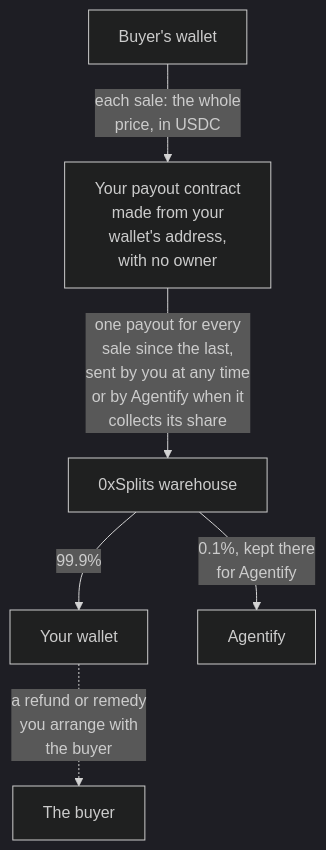
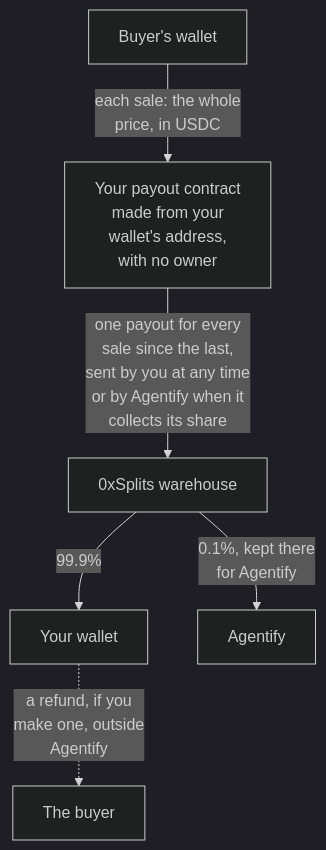
One commit to nuanu-ai/agentify changed the diagram in apps/docs/money.md. Above: the diagram before and after it, drawn with Mermaid (dark theme). The commit also changed other lines of this file and 2 other files, not shown here.

First line of the commit message:
docs(money): tell the owner what happens when goods or a payment answer go missing

````diff
--- a/apps/docs/money.md
+++ b/apps/docs/money.md
@@ -10,10 +10,10 @@
 ```mermaid
 flowchart TB
     accTitle: Where a buyer's payment goes
-    accDescr: Each sale pays the whole price in USDC into your payout contract, which is made from your wallet's address and has no owner. One payout transaction, sent by you at any time or by Agentify when it collects its own share, pays out every sale since the last payout through the shared 0xSplits warehouse: 99.9 percent to your wallet, and 0.1 percent kept in the warehouse for Agentify. Any refund or another remedy is arranged by the merchant with the buyer, outside Agentify. Merchant closure records only the end of future Agentify fulfillment.
+    accDescr: Each sale pays the whole price in USDC into your payout contract, which is made from your wallet's address and has no owner. One payout transaction, sent by you at any time or by Agentify when it collects its own share, pays out every sale since the last payout through the shared 0xSplits warehouse: 99.9 percent to your wallet, and 0.1 percent kept in the warehouse for Agentify. A refund, if you make one, goes from your wallet to the buyer outside Agentify, and closing fulfillment of an order moves no money.
     B["Buyer's wallet"] -- "each sale: the whole<br/>price, in USDC" --> C["Your payout contract<br/>made from your<br/>wallet's address,<br/>with no owner"]
     C -- "one payout for every<br/>sale since the last,<br/>sent by you at any time<br/>or by Agentify when it<br/>collects its share" --> W["0xSplits warehouse"]
     W -- "99.9%" --> Y["Your wallet"]
     W -- "0.1%, kept there<br/>for Agentify" --> F["Agentify"]
-    Y -. "a refund or remedy<br/>you arrange with<br/>the buyer" .-> R["The buyer"]
+    Y -. "a refund, if you<br/>make one, outside<br/>Agentify" .-> R["The buyer"]
 ```
````
